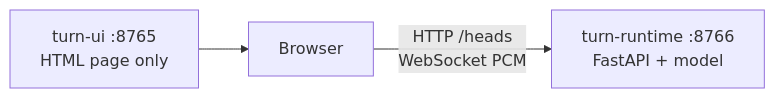
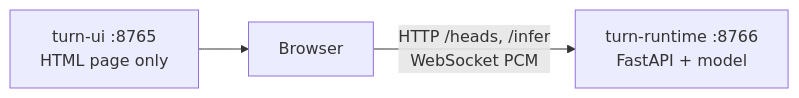
One commit to gerardpc/eot_detector changed the second of 2 diagrams in ARCHITECTURE.md. Above: the diagram before and after it, drawn with Mermaid. The commit also changed other lines of this file and 16 other files, not shown here.

First line of the commit message:
Enhance architecture and logging for end-of-turn detection system

````diff
--- a/ARCHITECTURE.md
+++ b/ARCHITECTURE.md
@@ -122,5 +124,5 @@
 ```mermaid
 flowchart LR
   ui["turn-ui :8765<br/>HTML page only"] --> browser[Browser]
-  browser -->|"HTTP /heads<br/>WebSocket PCM"| runtime["turn-runtime :8766<br/>FastAPI + model"]
+  browser -->|"HTTP /heads, /infer<br/>WebSocket PCM"| runtime["turn-runtime :8766<br/>FastAPI + model"]
 ```
````
